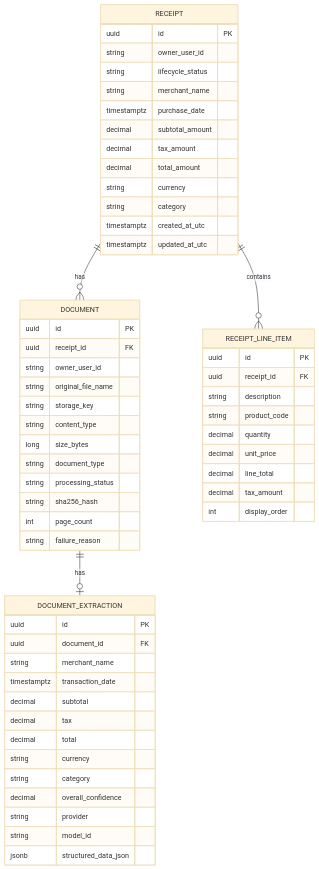
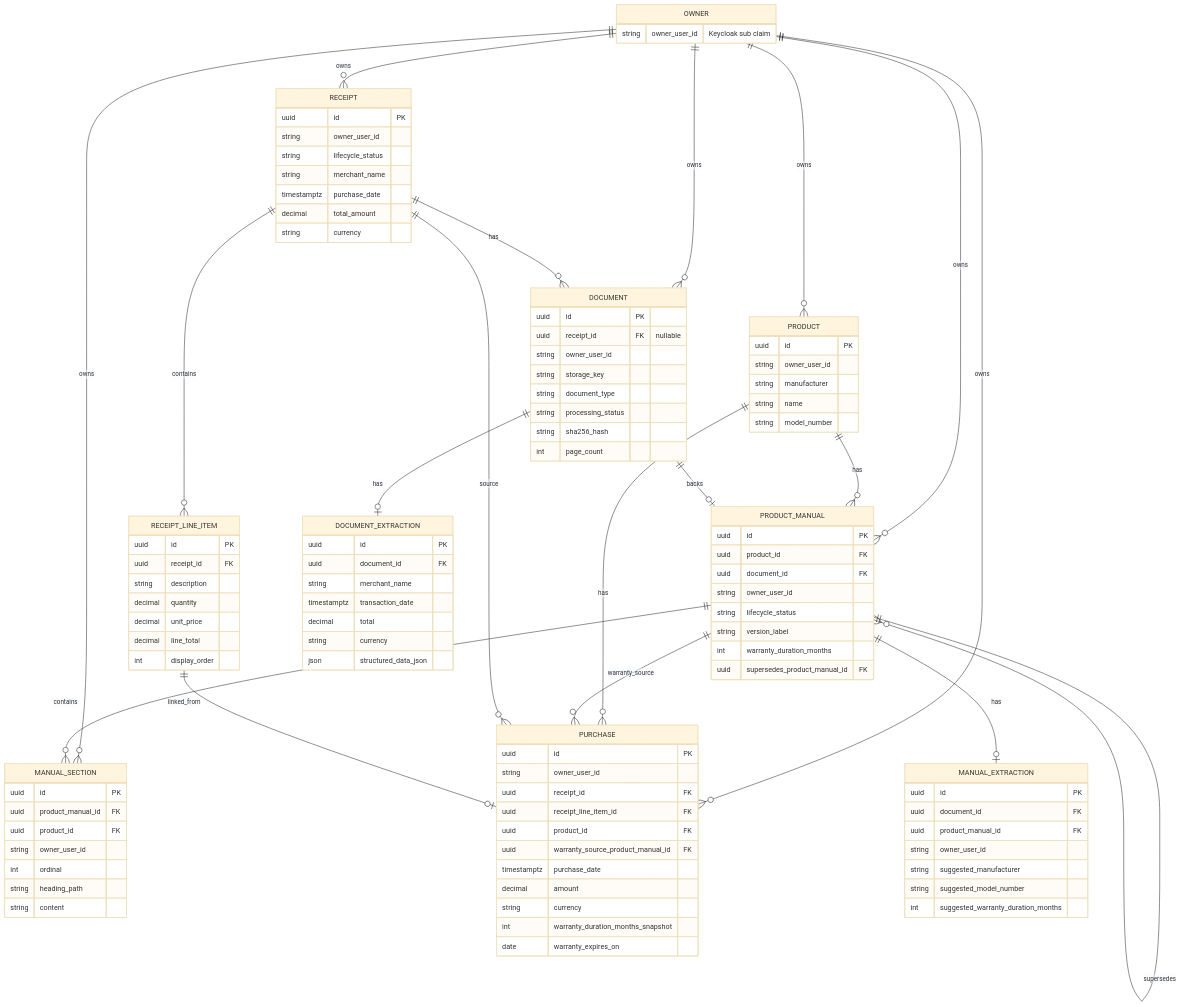
The fifth of 5 diagrams in README.md (tonycruz-dev/receiptflow-ai), drawn with Mermaid (base theme) before and after one commit. The commit also changed other lines of this file and 4 other files, not shown here.

Commit message:
docs: add architecture setup and demo documentation

````diff
--- a/README.md
+++ b/README.md
@@ -190,61 +180,110 @@
 ```mermaid
 erDiagram
+  OWNER ||--o{ RECEIPT : owns
+  OWNER ||--o{ DOCUMENT : owns
+  OWNER ||--o{ PRODUCT : owns
+  OWNER ||--o{ PRODUCT_MANUAL : owns
+  OWNER ||--o{ MANUAL_SECTION : owns
+  OWNER ||--o{ PURCHASE : owns
+  RECEIPT ||--o{ RECEIPT_LINE_ITEM : contains
   RECEIPT ||--o{ DOCUMENT : has
-  RECEIPT ||--o{ RECEIPT_LINE_ITEM : contains
   DOCUMENT ||--o| DOCUMENT_EXTRACTION : has
+  PRODUCT ||--o{ PRODUCT_MANUAL : has
+  PRODUCT ||--o{ PURCHASE : has
+  DOCUMENT ||--o| PRODUCT_MANUAL : backs
+  PRODUCT_MANUAL ||--o| MANUAL_EXTRACTION : has
+  PRODUCT_MANUAL ||--o{ MANUAL_SECTION : contains
+  PRODUCT_MANUAL ||--o{ PRODUCT_MANUAL : supersedes
+  PRODUCT_MANUAL ||--o{ PURCHASE : warranty_source
+  RECEIPT ||--o{ PURCHASE : source
+  RECEIPT_LINE_ITEM ||--o| PURCHASE : linked_from
 
+  OWNER {
+    string owner_user_id "Keycloak sub claim"
+  }
   RECEIPT {
     uuid id PK
     string owner_user_id
     string lifecycle_status
     string merchant_name
     timestamptz purchase_date
-    decimal subtotal_amount
-    decimal tax_amount
     decimal total_amount
     string currency
-    string category
-    timestamptz created_at_utc
-    timestamptz updated_at_utc
+  }
+  RECEIPT_LINE_ITEM {
+    uuid id PK
+    uuid receipt_id FK
+    string description
+    decimal quantity
+    decimal unit_price
+    decimal line_total
+    int display_order
   }
   DOCUMENT {
     uuid id PK
-    uuid receipt_id FK
+    uuid receipt_id FK "nullable"
     string owner_user_id
-    string original_file_name
     string storage_key
-    string content_type
-    long size_bytes
     string document_type
     string processing_status
     string sha256_hash
     int page_count
-    string failure_reason
   }
   DOCUMENT_EXTRACTION {
     uuid id PK
     uuid document_id FK
     string merchant_name
     timestamptz transaction_date
-    decimal subtotal
-    decimal tax
     decimal total
     string currency
-    string category
-    decimal overall_confidence
-    string provider
-    string model_id
-    jsonb structured_data_json
+    json structured_data_json
   }
-  RECEIPT_LINE_ITEM {
+  PRODUCT {
     uuid id PK
+    string owner_user_id
+    string manufacturer
+    string name
+    string model_number
+  }
+  PRODUCT_MANUAL {
+    uuid id PK
+    uuid product_id FK
+    uuid document_id FK
+    string owner_user_id
+    string lifecycle_status
+    string version_label
+    int warranty_duration_months
+    uuid supersedes_product_manual_id FK
+  }
+  MANUAL_EXTRACTION {
+    uuid id PK
+    uuid document_id FK
+    uuid product_manual_id FK
+    string owner_user_id
+    string suggested_manufacturer
+    string suggested_model_number
+    int suggested_warranty_duration_months
+  }
+  MANUAL_SECTION {
+    uuid id PK
+    uuid product_manual_id FK
+    uuid product_id FK
+    string owner_user_id
+    int ordinal
+    string heading_path
+    string content
+  }
+  PURCHASE {
+    uuid id PK
+    string owner_user_id
     uuid receipt_id FK
-    string description
-    string product_code
-    decimal quantity
-    decimal unit_price
-    decimal line_total
-    decimal tax_amount
-    int display_order
+    uuid receipt_line_item_id FK
+    uuid product_id FK
+    uuid warranty_source_product_manual_id FK
+    timestamptz purchase_date
+    decimal amount
+    string currency
+    int warranty_duration_months_snapshot
+    date warranty_expires_on
   }
 ```
````
